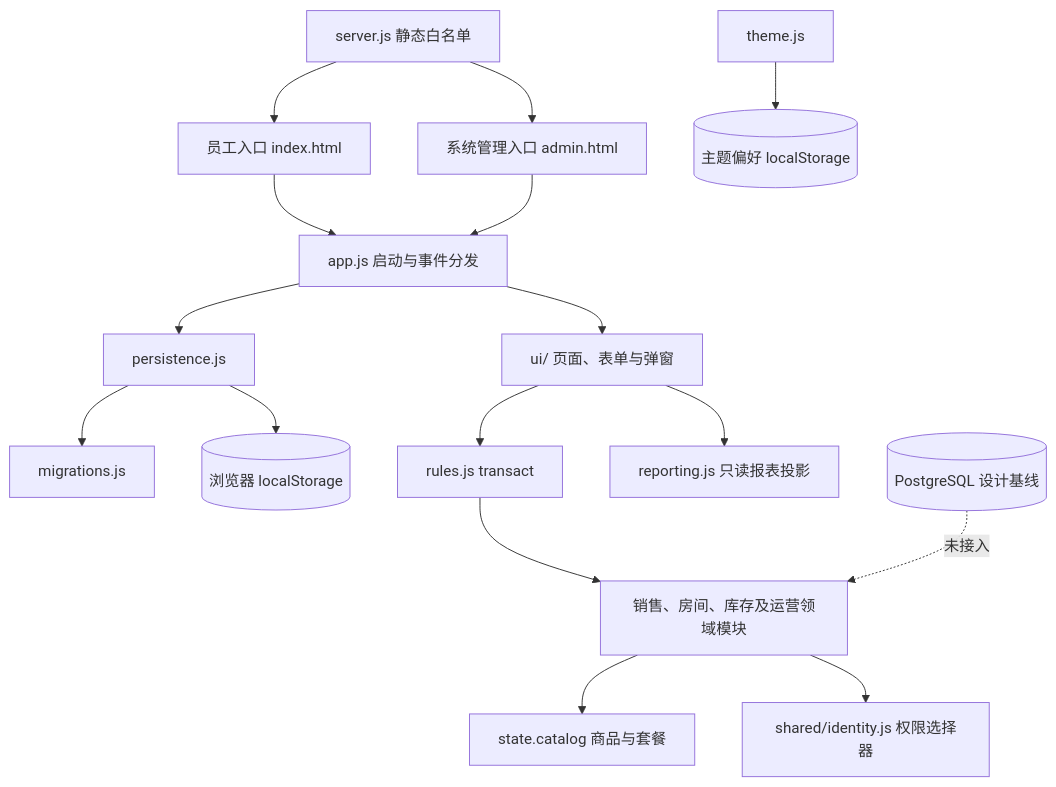
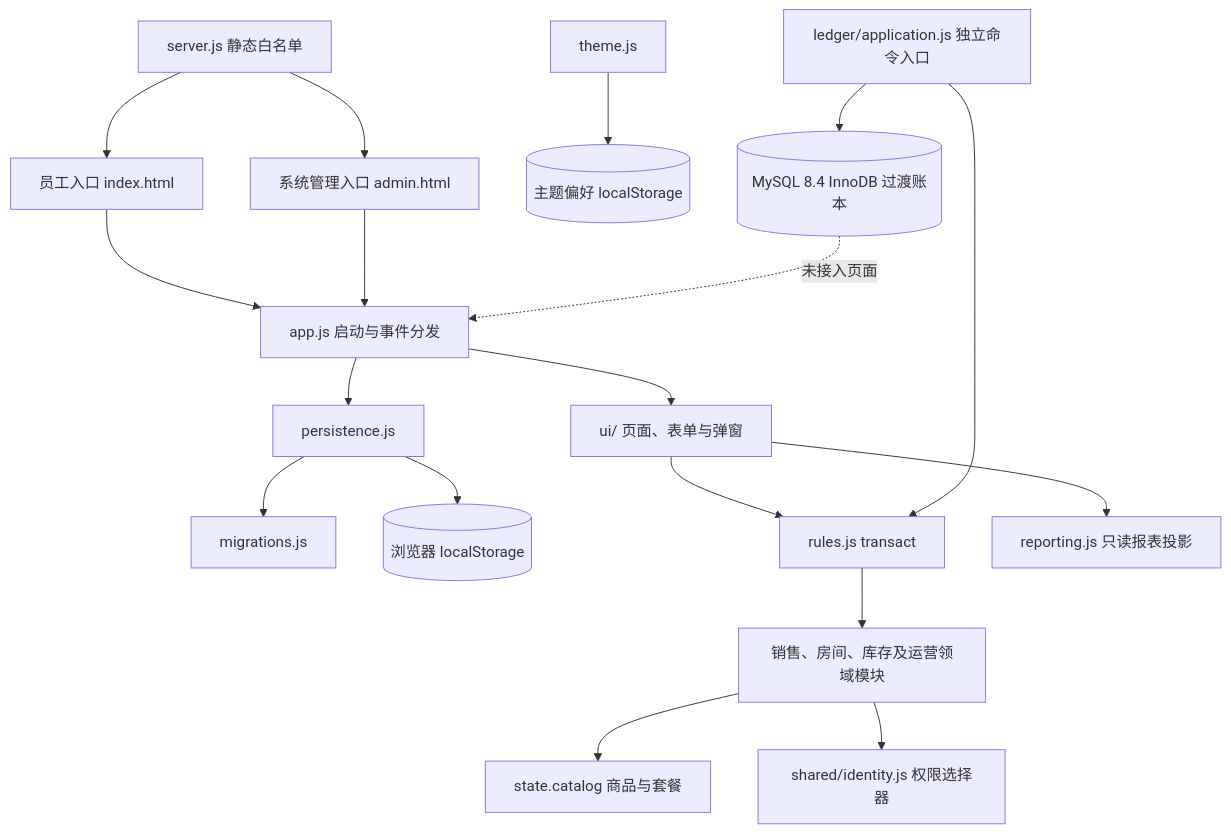
Before and after one commit to Richard-Zhuo/codex-KTV: the diagram in docs/ARCHITECTURE.md, drawn with Mermaid. The commit also changed other lines of this file and 15 other files, not shown here.

Commit message:
feat: add MySQL InnoDB ledger adapter

````diff
--- a/docs/ARCHITECTURE.md
+++ b/docs/ARCHITECTURE.md
@@ -7,18 +7,20 @@
 ```mermaid
 flowchart TD
   E[员工入口 index.html] --> APP[app.js 启动与事件分发]
   A[系统管理入口 admin.html] --> APP
   APP --> UI[ui/ 页面、表单与弹窗]
   APP --> P[persistence.js]
   P --> M[migrations.js]
   P --> LS[(浏览器 localStorage)]
   UI --> TX[rules.js transact]
   TX --> D[销售、房间、库存及运营领域模块]
   UI --> REP[reporting.js 只读报表投影]
   D --> C[state.catalog 商品与套餐]
   D --> ID[shared/identity.js 权限选择器]
   T[theme.js] --> PREF[(主题偏好 localStorage)]
   S[server.js 静态白名单] --> E
   S --> A
-  DB[(PostgreSQL 设计基线)] -. 未接入 .-> D
+  L[ledger/application.js 独立命令入口] --> TX
+  L --> DB[(MySQL 8.4 InnoDB 过渡账本)]
+  DB -. 未接入页面 .-> APP
 ```
````
